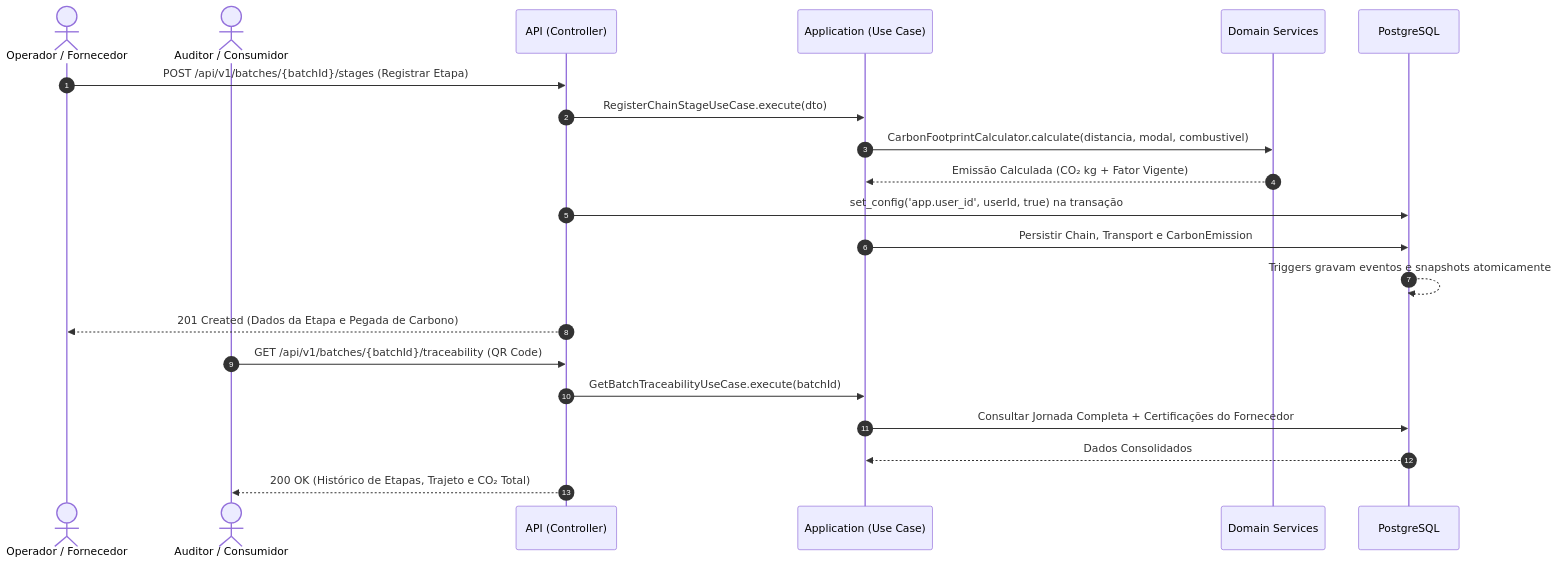
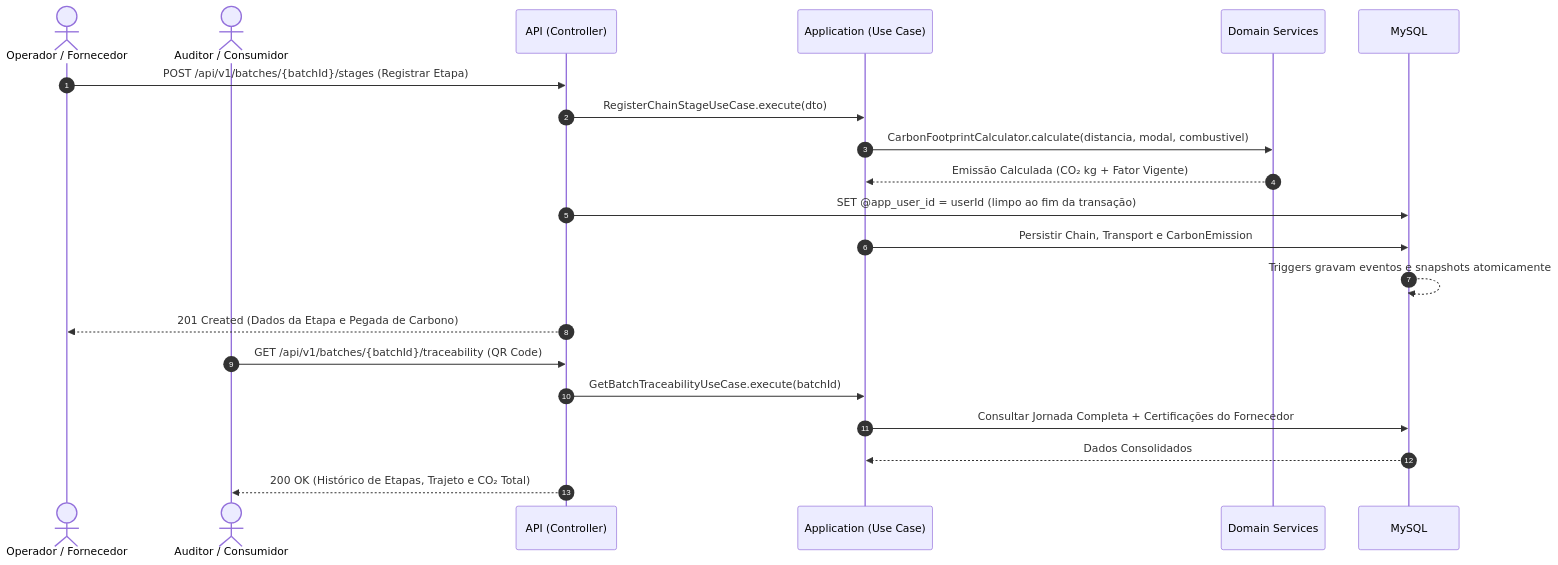
The first of 2 diagrams in README.md (matheusnascimentods/supply-chain-verde-api), drawn with Mermaid before and after one commit. The commit also changed other lines of this file and 7 other files, not shown here.

````diff
--- a/README.md
+++ b/README.md
@@ -15,25 +15,25 @@
 ```mermaid
 sequenceDiagram
     autonumber
     actor User as Operador / Fornecedor
     actor Auditor as Auditor / Consumidor
     participant API as API (Controller)
     participant UC as Application (Use Case)
     participant Domain as Domain Services
-    participant DB as PostgreSQL
+    participant DB as MySQL
 
     User->>API: POST /api/v1/batches/{batchId}/stages (Registrar Etapa)
     API->>UC: RegisterChainStageUseCase.execute(dto)
     UC->>Domain: CarbonFootprintCalculator.calculate(distancia, modal, combustivel)
     Domain-->>UC: Emissão Calculada (CO₂ kg + Fator Vigente)
-    API->>DB: set_config('app.user_id', userId, true) na transação
+    API->>DB: SET @app_user_id = userId (limpo ao fim da transação)
     UC->>DB: Persistir Chain, Transport e CarbonEmission
     DB-->>DB: Triggers gravam eventos e snapshots atomicamente
     API-->>User: 201 Created (Dados da Etapa e Pegada de Carbono)
 
     Auditor->>API: GET /api/v1/batches/{batchId}/traceability (QR Code)
     API->>UC: GetBatchTraceabilityUseCase.execute(batchId)
     UC->>DB: Consultar Jornada Completa + Certificações do Fornecedor
     DB-->>UC: Dados Consolidados
     API-->>Auditor: 200 OK (Histórico de Etapas, Trajeto e CO₂ Total)
 ```
````
